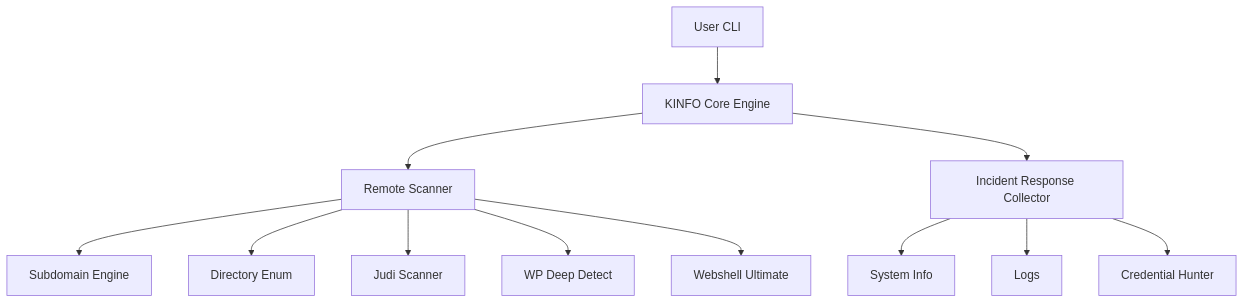
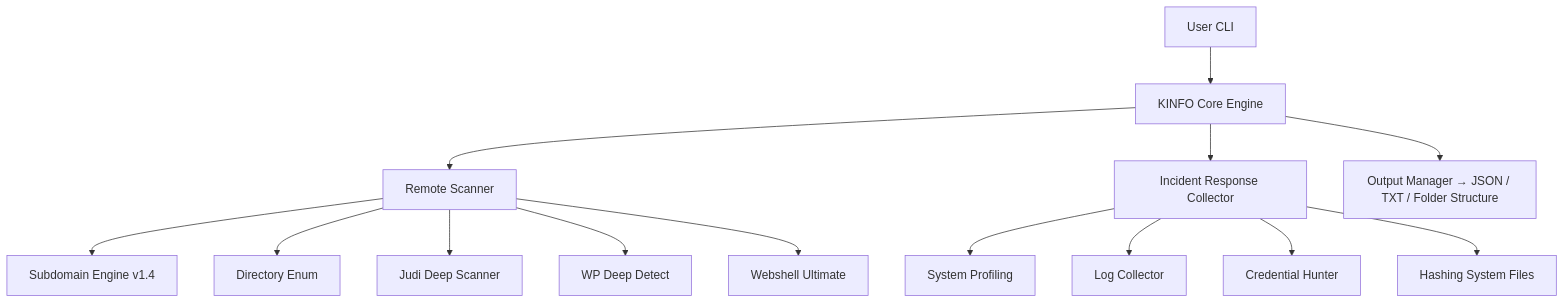
The diagram in README.md (kangaman/kinfotools), drawn with Mermaid before and after one commit. The commit also changed other lines of this file, not shown here.

````diff
--- a/README.md
+++ b/README.md
@@ -25,14 +184,20 @@
 ```mermaid
 flowchart TD
     A[User CLI] --> B[KINFO Core Engine]
+
     B --> C1[Remote Scanner]
     B --> C2[Incident Response Collector]
-    C1 --> D1[Subdomain Engine]
+
+    C1 --> D1[Subdomain Engine v1.4]
     C1 --> D2[Directory Enum]
-    C1 --> D3[Judi Scanner]
+    C1 --> D3[Judi Deep Scanner]
     C1 --> D4[WP Deep Detect]
     C1 --> D5[Webshell Ultimate]
-    C2 --> E1[System Info]
-    C2 --> E2[Logs]
+
+    C2 --> E1[System Profiling]
+    C2 --> E2[Log Collector]
     C2 --> E3[Credential Hunter]
+    C2 --> E4[Hashing System Files]
+
+    B --> O[Output Manager → JSON / TXT / Folder Structure]
 ```
````
